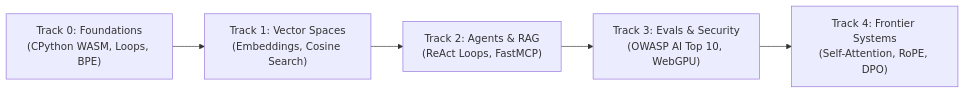
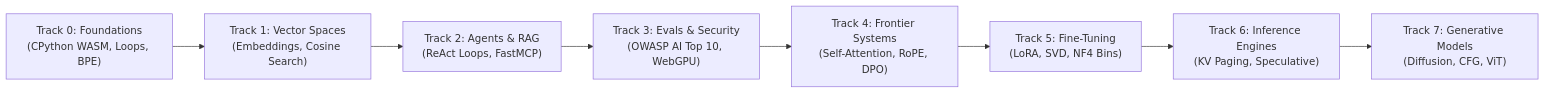
Before and after one commit to Adilrafiq001/OpenGuideForAI: the diagram in README.md, drawn with Mermaid. The commit also changed other lines of this file and 45 other files, not shown here.

````diff
--- a/README.md
+++ b/README.md
@@ -165,10 +165,13 @@
 ```mermaid
 graph LR
     T0["Track 0: Foundations<br/>(CPython WASM, Loops, BPE)"]
     T1["Track 1: Vector Spaces<br/>(Embeddings, Cosine Search)"]
     T2["Track 2: Agents & RAG<br/>(ReAct Loops, FastMCP)"]
     T3["Track 3: Evals & Security<br/>(OWASP AI Top 10, WebGPU)"]
     T4["Track 4: Frontier Systems<br/>(Self-Attention, RoPE, DPO)"]
+    T5["Track 5: Fine-Tuning<br/>(LoRA, SVD, NF4 Bins)"]
+    T6["Track 6: Inference Engines<br/>(KV Paging, Speculative)"]
+    T7["Track 7: Generative Models<br/>(Diffusion, CFG, ViT)"]
 
-    T0 --> T1 --> T2 --> T3 --> T4
+    T0 --> T1 --> T2 --> T3 --> T4 --> T5 --> T6 --> T7
 ```
````
